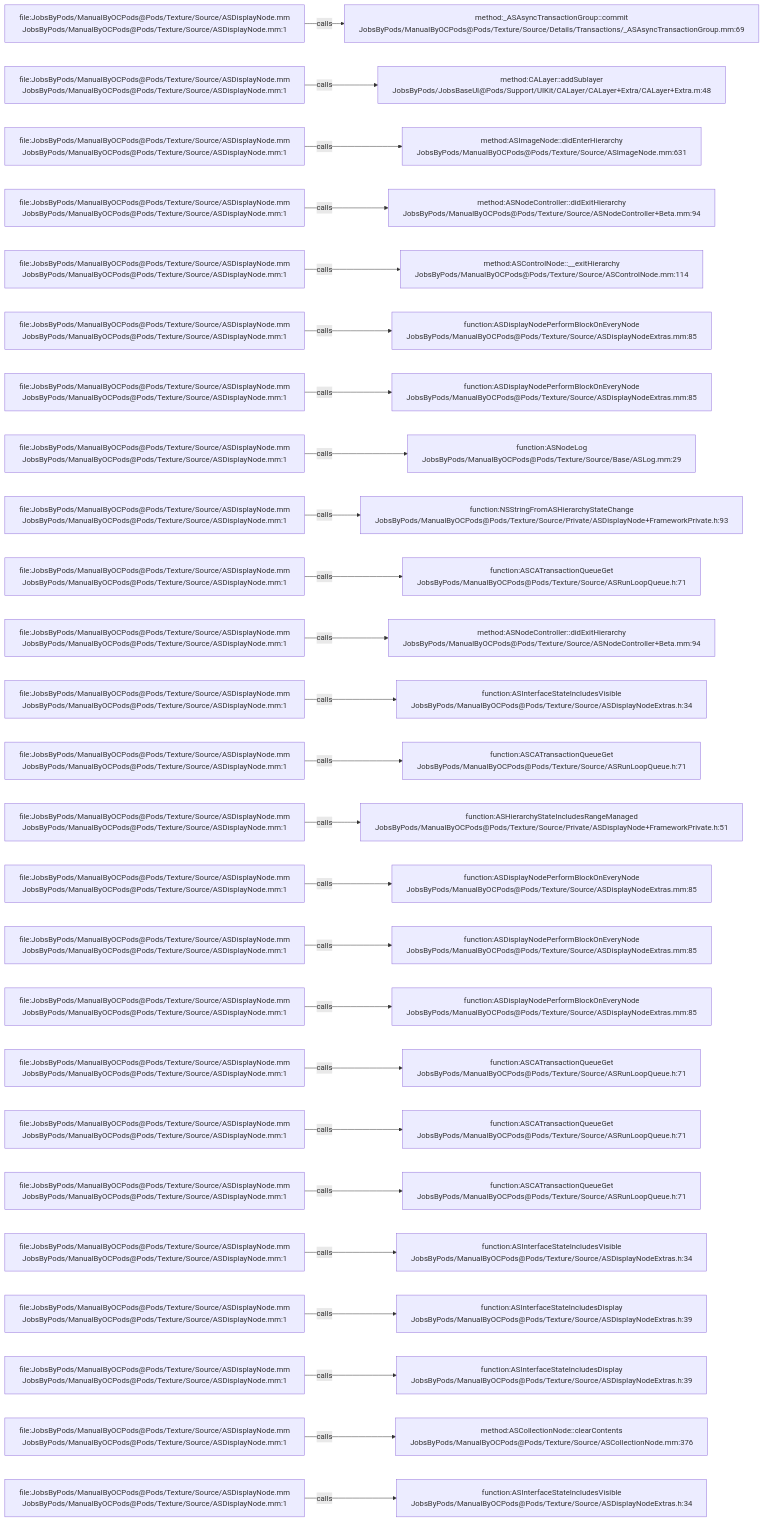
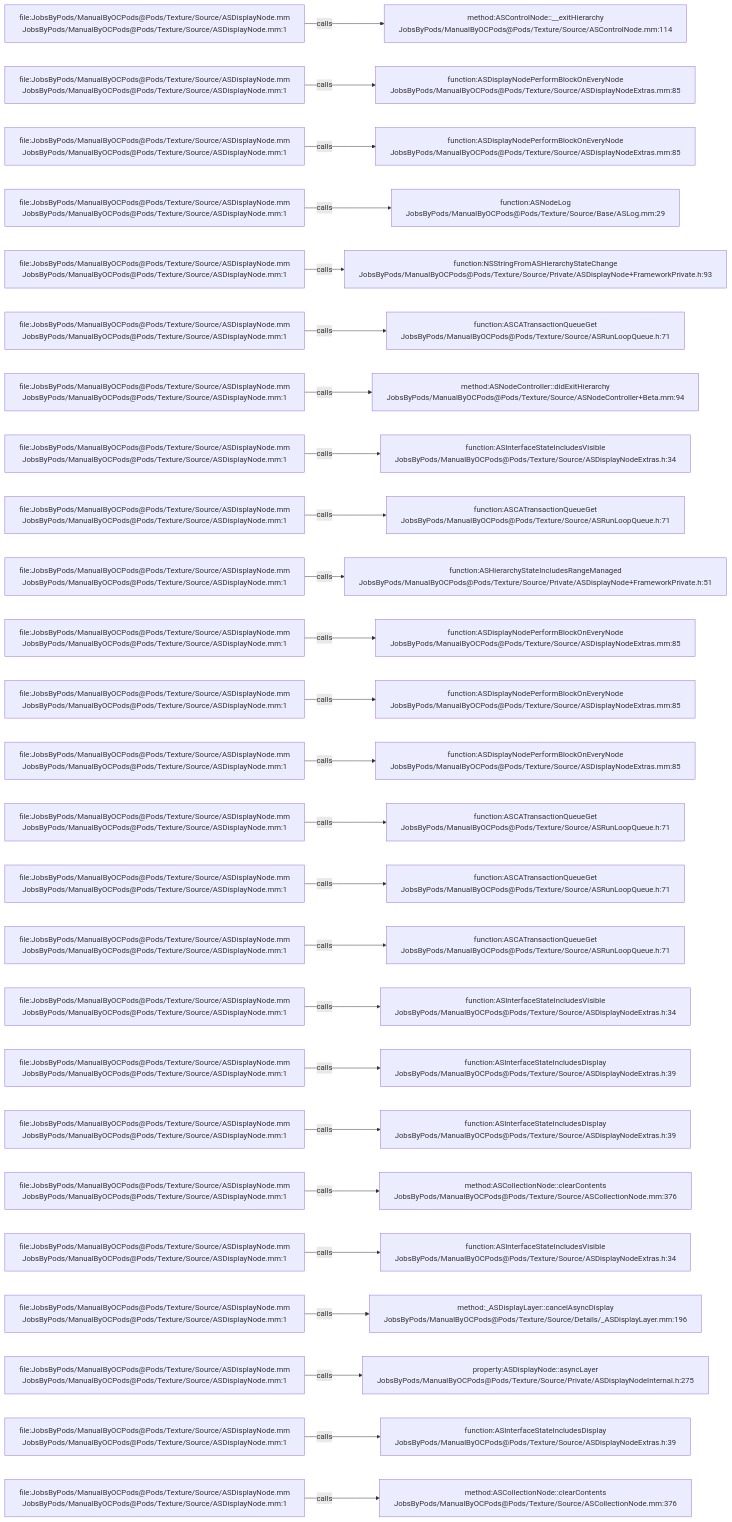
The diagram in .codegraph/codegraph.md/graphs/calls-100.md (JobsKits/JobsOCBaseConfigDemo), drawn with Mermaid before and after one commit. The commit also changed 727 other files, not shown here.

````diff
--- a/.codegraph/codegraph.md/graphs/calls-100.md
+++ b/.codegraph/codegraph.md/graphs/calls-100.md
@@ -13,78 +13,78 @@
 ```mermaid
 flowchart LR
   S1["file:JobsByPods/ManualByOCPods@Pods/Texture/Source/ASDisplayNode.mm<br/>JobsByPods/ManualByOCPods@Pods/Texture/Source/ASDisplayNode.mm:1"]
-  T1["method:_ASAsyncTransactionGroup::commit<br/>JobsByPods/ManualByOCPods@Pods/Texture/Source/Details/Transactions/_ASAsyncTransactionGroup.mm:69"]
+  T1["method:ASControlNode::__exitHierarchy<br/>JobsByPods/ManualByOCPods@Pods/Texture/Source/ASControlNode.mm:114"]
   S1 -->|calls| T1
   S2["file:JobsByPods/ManualByOCPods@Pods/Texture/Source/ASDisplayNode.mm<br/>JobsByPods/ManualByOCPods@Pods/Texture/Source/ASDisplayNode.mm:1"]
-  T2["method:CALayer::addSublayer<br/>JobsByPods/JobsBaseUI@Pods/Support/UIKit/CALayer/CALayer+Extra/CALayer+Extra.m:48"]
+  T2["function:ASDisplayNodePerformBlockOnEveryNode<br/>JobsByPods/ManualByOCPods@Pods/Texture/Source/ASDisplayNodeExtras.mm:85"]
   S2 -->|calls| T2
   S3["file:JobsByPods/ManualByOCPods@Pods/Texture/Source/ASDisplayNode.mm<br/>JobsByPods/ManualByOCPods@Pods/Texture/Source/ASDisplayNode.mm:1"]
-  T3["method:ASImageNode::didEnterHierarchy<br/>JobsByPods/ManualByOCPods@Pods/Texture/Source/ASImageNode.mm:631"]
+  T3["function:ASDisplayNodePerformBlockOnEveryNode<br/>JobsByPods/ManualByOCPods@Pods/Texture/Source/ASDisplayNodeExtras.mm:85"]
   S3 -->|calls| T3
   S4["file:JobsByPods/ManualByOCPods@Pods/Texture/Source/ASDisplayNode.mm<br/>JobsByPods/ManualByOCPods@Pods/Texture/Source/ASDisplayNode.mm:1"]
-  T4["method:ASNodeController::didExitHierarchy<br/>JobsByPods/ManualByOCPods@Pods/Texture/Source/ASNodeController+Beta.mm:94"]
+  T4["function:ASNodeLog<br/>JobsByPods/ManualByOCPods@Pods/Texture/Source/Base/ASLog.mm:29"]
   S4 -->|calls| T4
   S5["file:JobsByPods/ManualByOCPods@Pods/Texture/Source/ASDisplayNode.mm<br/>JobsByPods/ManualByOCPods@Pods/Texture/Source/ASDisplayNode.mm:1"]
-  T5["method:ASControlNode::__exitHierarchy<br/>JobsByPods/ManualByOCPods@Pods/Texture/Source/ASControlNode.mm:114"]
+  T5["function:NSStringFromASHierarchyStateChange<br/>JobsByPods/ManualByOCPods@Pods/Texture/Source/Private/ASDisplayNode+FrameworkPrivate.h:93"]
   S5 -->|calls| T5
   S6["file:JobsByPods/ManualByOCPods@Pods/Texture/Source/ASDisplayNode.mm<br/>JobsByPods/ManualByOCPods@Pods/Texture/Source/ASDisplayNode.mm:1"]
-  T6["function:ASDisplayNodePerformBlockOnEveryNode<br/>JobsByPods/ManualByOCPods@Pods/Texture/Source/ASDisplayNodeExtras.mm:85"]
+  T6["function:ASCATransactionQueueGet<br/>JobsByPods/ManualByOCPods@Pods/Texture/Source/ASRunLoopQueue.h:71"]
   S6 -->|calls| T6
   S7["file:JobsByPods/ManualByOCPods@Pods/Texture/Source/ASDisplayNode.mm<br/>JobsByPods/ManualByOCPods@Pods/Texture/Source/ASDisplayNode.mm:1"]
-  T7["function:ASDisplayNodePerformBlockOnEveryNode<br/>JobsByPods/ManualByOCPods@Pods/Texture/Source/ASDisplayNodeExtras.mm:85"]
+  T7["method:ASNodeController::didExitHierarchy<br/>JobsByPods/ManualByOCPods@Pods/Texture/Source/ASNodeController+Beta.mm:94"]
   S7 -->|calls| T7
   S8["file:JobsByPods/ManualByOCPods@Pods/Texture/Source/ASDisplayNode.mm<br/>JobsByPods/ManualByOCPods@Pods/Texture/Source/ASDisplayNode.mm:1"]
-  T8["function:ASNodeLog<br/>JobsByPods/ManualByOCPods@Pods/Texture/Source/Base/ASLog.mm:29"]
+  T8["function:ASInterfaceStateIncludesVisible<br/>JobsByPods/ManualByOCPods@Pods/Texture/Source/ASDisplayNodeExtras.h:34"]
   S8 -->|calls| T8
   S9["file:JobsByPods/ManualByOCPods@Pods/Texture/Source/ASDisplayNode.mm<br/>JobsByPods/ManualByOCPods@Pods/Texture/Source/ASDisplayNode.mm:1"]
-  T9["function:NSStringFromASHierarchyStateChange<br/>JobsByPods/ManualByOCPods@Pods/Texture/Source/Private/ASDisplayNode+FrameworkPrivate.h:93"]
+  T9["function:ASCATransactionQueueGet<br/>JobsByPods/ManualByOCPods@Pods/Texture/Source/ASRunLoopQueue.h:71"]
   S9 -->|calls| T9
   S10["file:JobsByPods/ManualByOCPods@Pods/Texture/Source/ASDisplayNode.mm<br/>JobsByPods/ManualByOCPods@Pods/Texture/Source/ASDisplayNode.mm:1"]
-  T10["function:ASCATransactionQueueGet<br/>JobsByPods/ManualByOCPods@Pods/Texture/Source/ASRunLoopQueue.h:71"]
+  T10["function:ASHierarchyStateIncludesRangeManaged<br/>JobsByPods/ManualByOCPods@Pods/Texture/Source/Private/ASDisplayNode+FrameworkPrivate.h:51"]
   S10 -->|calls| T10
   S11["file:JobsByPods/ManualByOCPods@Pods/Texture/Source/ASDisplayNode.mm<br/>JobsByPods/ManualByOCPods@Pods/Texture/Source/ASDisplayNode.mm:1"]
-  T11["method:ASNodeController::didExitHierarchy<br/>JobsByPods/ManualByOCPods@Pods/Texture/Source/ASNodeController+Beta.mm:94"]
+  T11["function:ASDisplayNodePerformBlockOnEveryNode<br/>JobsByPods/ManualByOCPods@Pods/Texture/Source/ASDisplayNodeExtras.mm:85"]
   S11 -->|calls| T11
   S12["file:JobsByPods/ManualByOCPods@Pods/Texture/Source/ASDisplayNode.mm<br/>JobsByPods/ManualByOCPods@Pods/Texture/Source/ASDisplayNode.mm:1"]
-  T12["function:ASInterfaceStateIncludesVisible<br/>JobsByPods/ManualByOCPods@Pods/Texture/Source/ASDisplayNodeExtras.h:34"]
+  T12["function:ASDisplayNodePerformBlockOnEveryNode<br/>JobsByPods/ManualByOCPods@Pods/Texture/Source/ASDisplayNodeExtras.mm:85"]
   S12 -->|calls| T12
   S13["file:JobsByPods/ManualByOCPods@Pods/Texture/Source/ASDisplayNode.mm<br/>JobsByPods/ManualByOCPods@Pods/Texture/Source/ASDisplayNode.mm:1"]
-  T13["function:ASCATransactionQueueGet<br/>JobsByPods/ManualByOCPods@Pods/Texture/Source/ASRunLoopQueue.h:71"]
+  T13["function:ASDisplayNodePerformBlockOnEveryNode<br/>JobsByPods/ManualByOCPods@Pods/Texture/Source/ASDisplayNodeExtras.mm:85"]
   S13 -->|calls| T13
   S14["file:JobsByPods/ManualByOCPods@Pods/Texture/Source/ASDisplayNode.mm<br/>JobsByPods/ManualByOCPods@Pods/Texture/Source/ASDisplayNode.mm:1"]
-  T14["function:ASHierarchyStateIncludesRangeManaged<br/>JobsByPods/ManualByOCPods@Pods/Texture/Source/Private/ASDisplayNode+FrameworkPrivate.h:51"]
+  T14["function:ASCATransactionQueueGet<br/>JobsByPods/ManualByOCPods@Pods/Texture/Source/ASRunLoopQueue.h:71"]
   S14 -->|calls| T14
   S15["file:JobsByPods/ManualByOCPods@Pods/Texture/Source/ASDisplayNode.mm<br/>JobsByPods/ManualByOCPods@Pods/Texture/Source/ASDisplayNode.mm:1"]
-  T15["function:ASDisplayNodePerformBlockOnEveryNode<br/>JobsByPods/ManualByOCPods@Pods/Texture/Source/ASDisplayNodeExtras.mm:85"]
+  T15["function:ASCATransactionQueueGet<br/>JobsByPods/ManualByOCPods@Pods/Texture/Source/ASRunLoopQueue.h:71"]
   S15 -->|calls| T15
   S16["file:JobsByPods/ManualByOCPods@Pods/Texture/Source/ASDisplayNode.mm<br/>JobsByPods/ManualByOCPods@Pods/Texture/Source/ASDisplayNode.mm:1"]
-  T16["function:ASDisplayNodePerformBlockOnEveryNode<br/>JobsByPods/ManualByOCPods@Pods/Texture/Source/ASDisplayNodeExtras.mm:85"]
+  T16["function:ASCATransactionQueueGet<br/>JobsByPods/ManualByOCPods@Pods/Texture/Source/ASRunLoopQueue.h:71"]
   S16 -->|calls| T16
   S17["file:JobsByPods/ManualByOCPods@Pods/Texture/Source/ASDisplayNode.mm<br/>JobsByPods/ManualByOCPods@Pods/Texture/Source/ASDisplayNode.mm:1"]
-  T17["function:ASDisplayNodePerformBlockOnEveryNode<br/>JobsByPods/ManualByOCPods@Pods/Texture/Source/ASDisplayNodeExtras.mm:85"]
+  T17["function:ASInterfaceStateIncludesVisible<br/>JobsByPods/ManualByOCPods@Pods/Texture/Source/ASDisplayNodeExtras.h:34"]
   S17 -->|calls| T17
   S18["file:JobsByPods/ManualByOCPods@Pods/Texture/Source/ASDisplayNode.mm<br/>JobsByPods/ManualByOCPods@Pods/Texture/Source/ASDisplayNode.mm:1"]
-  T18["function:ASCATransactionQueueGet<br/>JobsByPods/ManualByOCPods@Pods/Texture/Source/ASRunLoopQueue.h:71"]
+  T18["function:ASInterfaceStateIncludesDisplay<br/>JobsByPods/ManualByOCPods@Pods/Texture/Source/ASDisplayNodeExtras.h:39"]
   S18 -->|calls| T18
   S19["file:JobsByPods/ManualByOCPods@Pods/Texture/Source/ASDisplayNode.mm<br/>JobsByPods/ManualByOCPods@Pods/Texture/Source/ASDisplayNode.mm:1"]
-  T19["function:ASCATransactionQueueGet<br/>JobsByPods/ManualByOCPods@Pods/Texture/Source/ASRunLoopQueue.h:71"]
+  T19["function:ASInterfaceStateIncludesDisplay<br/>JobsByPods/ManualByOCPods@Pods/Texture/Source/ASDisplayNodeExtras.h:39"]
   S19 -->|calls| T19
   S20["file:JobsByPods/ManualByOCPods@Pods/Texture/Source/ASDisplayNode.mm<br/>JobsByPods/ManualByOCPods@Pods/Texture/Source/ASDisplayNode.mm:1"]
-  T20["function:ASCATransactionQueueGet<br/>JobsByPods/ManualByOCPods@Pods/Texture/Source/ASRunLoopQueue.h:71"]
+  T20["method:ASCollectionNode::clearContents<br/>JobsByPods/ManualByOCPods@Pods/Texture/Source/ASCollectionNode.mm:376"]
   S20 -->|calls| T20
   S21["file:JobsByPods/ManualByOCPods@Pods/Texture/Source/ASDisplayNode.mm<br/>JobsByPods/ManualByOCPods@Pods/Texture/Source/ASDisplayNode.mm:1"]
   T21["function:ASInterfaceStateIncludesVisible<br/>JobsByPods/ManualByOCPods@Pods/Texture/Source/ASDisplayNodeExtras.h:34"]
   S21 -->|calls| T21
   S22["file:JobsByPods/ManualByOCPods@Pods/Texture/Source/ASDisplayNode.mm<br/>JobsByPods/ManualByOCPods@Pods/Texture/Source/ASDisplayNode.mm:1"]
-  T22["function:ASInterfaceStateIncludesDisplay<br/>JobsByPods/ManualByOCPods@Pods/Texture/Source/ASDisplayNodeExtras.h:39"]
+  T22["method:_ASDisplayLayer::cancelAsyncDisplay<br/>JobsByPods/ManualByOCPods@Pods/Texture/Source/Details/_ASDisplayLayer.mm:196"]
   S22 -->|calls| T22
   S23["file:JobsByPods/ManualByOCPods@Pods/Texture/Source/ASDisplayNode.mm<br/>JobsByPods/ManualByOCPods@Pods/Texture/Source/ASDisplayNode.mm:1"]
-  T23["function:ASInterfaceStateIncludesDisplay<br/>JobsByPods/ManualByOCPods@Pods/Texture/Source/ASDisplayNodeExtras.h:39"]
+  T23["property:ASDisplayNode::asyncLayer<br/>JobsByPods/ManualByOCPods@Pods/Texture/Source/Private/ASDisplayNodeInternal.h:275"]
   S23 -->|calls| T23
   S24["file:JobsByPods/ManualByOCPods@Pods/Texture/Source/ASDisplayNode.mm<br/>JobsByPods/ManualByOCPods@Pods/Texture/Source/ASDisplayNode.mm:1"]
-  T24["method:ASCollectionNode::clearContents<br/>JobsByPods/ManualByOCPods@Pods/Texture/Source/ASCollectionNode.mm:376"]
+  T24["function:ASInterfaceStateIncludesDisplay<br/>JobsByPods/ManualByOCPods@Pods/Texture/Source/ASDisplayNodeExtras.h:39"]
   S24 -->|calls| T24
   S25["file:JobsByPods/ManualByOCPods@Pods/Texture/Source/ASDisplayNode.mm<br/>JobsByPods/ManualByOCPods@Pods/Texture/Source/ASDisplayNode.mm:1"]
-  T25["function:ASInterfaceStateIncludesVisible<br/>JobsByPods/ManualByOCPods@Pods/Texture/Source/ASDisplayNodeExtras.h:34"]
+  T25["method:ASCollectionNode::clearContents<br/>JobsByPods/ManualByOCPods@Pods/Texture/Source/ASCollectionNode.mm:376"]
   S25 -->|calls| T25
 ```
````
